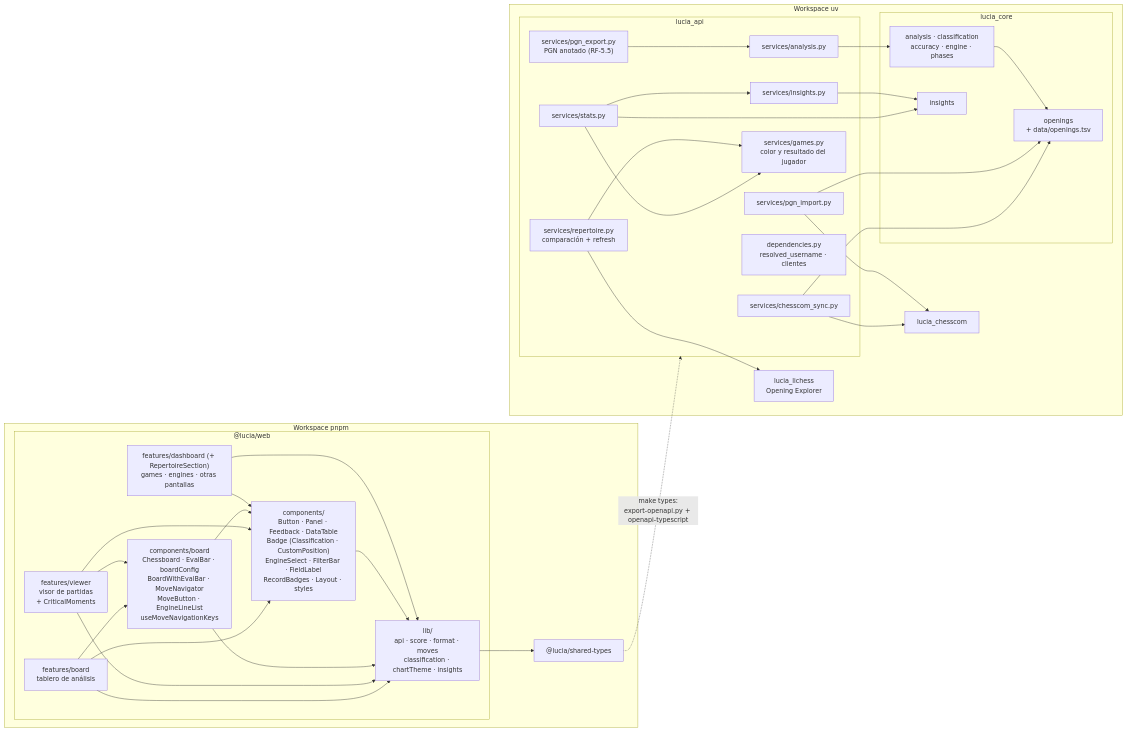
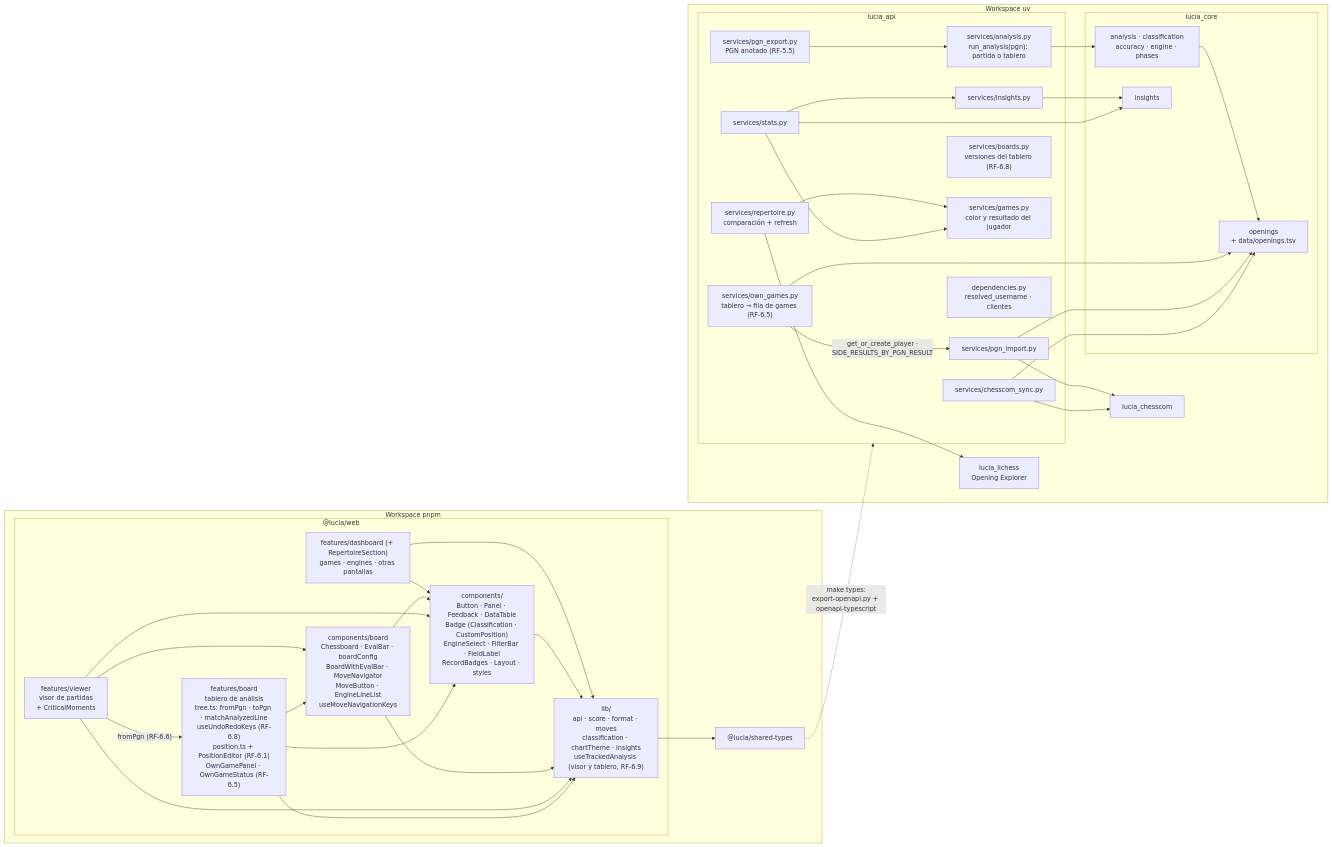
One commit to SirJsus/LUCIA changed the second of 14 diagrams in docs/06-mapa-del-proyecto.md. Above: the diagram before and after it, drawn with Mermaid. The commit also changed other lines of this file and 63 other files, not shown here.

````diff
--- a/docs/06-mapa-del-proyecto.md
+++ b/docs/06-mapa-del-proyecto.md
@@ -101,62 +114,67 @@
 ```mermaid
 graph LR
     subgraph JS["Workspace pnpm"]
         subgraph WEB["@lucia/web"]
-            board["features/board<br/>tablero de análisis"]
+            board["features/board<br/>tablero de análisis<br/>tree.ts: fromPgn · toPgn · matchAnalyzedLine<br/>useUndoRedoKeys (RF-6.8)<br/>position.ts + PositionEditor (RF-6.1)<br/>OwnGamePanel · OwnGameStatus (RF-6.5)"]
             viewer["features/viewer<br/>visor de partidas<br/>+ CriticalMoments"]
             screens["features/dashboard (+ RepertoireSection)<br/>games · engines · otras pantallas"]
             boardui["components/board<br/>Chessboard · EvalBar · boardConfig<br/>BoardWithEvalBar · MoveNavigator<br/>MoveButton · EngineLineList<br/>useMoveNavigationKeys"]
             ui["components/<br/>Button · Panel · Feedback · DataTable<br/>Badge (Classification · CustomPosition)<br/>EngineSelect · FilterBar · FieldLabel<br/>RecordBadges · Layout · styles"]
-            lib["lib/<br/>api · score · format · moves<br/>classification · chartTheme · insights"]
+            lib["lib/<br/>api · score · format · moves<br/>classification · chartTheme · insights<br/>useTrackedAnalysis (visor y tablero, RF-6.9)"]
         end
         types["@lucia/shared-types"]
     end
 
     subgraph PY["Workspace uv"]
         subgraph API["lucia_api"]
             api_sync["services/chesscom_sync.py"]
             api_pgn["services/pgn_import.py"]
-            api_analysis["services/analysis.py"]
+            api_analysis["services/analysis.py<br/>run_analysis(pgn): partida o tablero"]
+            api_boards["services/boards.py<br/>versiones del tablero (RF-6.8)"]
+            api_own_games["services/own_games.py<br/>tablero → fila de games (RF-6.5)"]
             api_pgn_export["services/pgn_export.py<br/>PGN anotado (RF-5.5)"]
             api_stats["services/stats.py"]
             api_games["services/games.py<br/>color y resultado del jugador"]
             api_insights["services/insights.py"]
             api_repertoire["services/repertoire.py<br/>comparación + refresh"]
             api_deps["dependencies.py<br/>resolved_username · clientes"]
         end
         subgraph CORE["lucia_core"]
             core_analysis["analysis · classification<br/>accuracy · engine · phases"]
             core_insights["insights"]
             core_openings["openings<br/>+ data/openings.tsv"]
         end
         chesscom["lucia_chesscom"]
         lichess["lucia_lichess<br/>Opening Explorer"]
     end
 
     board --> boardui
     viewer --> boardui
+    viewer -- "fromPgn (RF-6.6)" --> board
     board --> ui
     viewer --> ui
     boardui --> ui
     screens --> ui
     board --> lib
     viewer --> lib
     boardui --> lib
     ui --> lib
     screens --> lib
     lib --> types
     api_sync --> chesscom
     api_sync --> core_openings
     api_pgn --> chesscom
     api_pgn --> core_openings
     api_analysis --> core_analysis
     api_pgn_export --> api_analysis
+    api_own_games -- "get_or_create_player ·<br/>SIDE_RESULTS_BY_PGN_RESULT" --> api_pgn
+    api_own_games --> core_openings
     core_analysis --> core_openings
     api_stats --> api_games
     api_stats --> api_insights
     api_stats --> core_insights
     api_insights --> core_insights
     api_repertoire --> api_games
     api_repertoire --> lichess
     types -. "make types:<br/>export-openapi.py + openapi-typescript" .-> API
 ```
````
